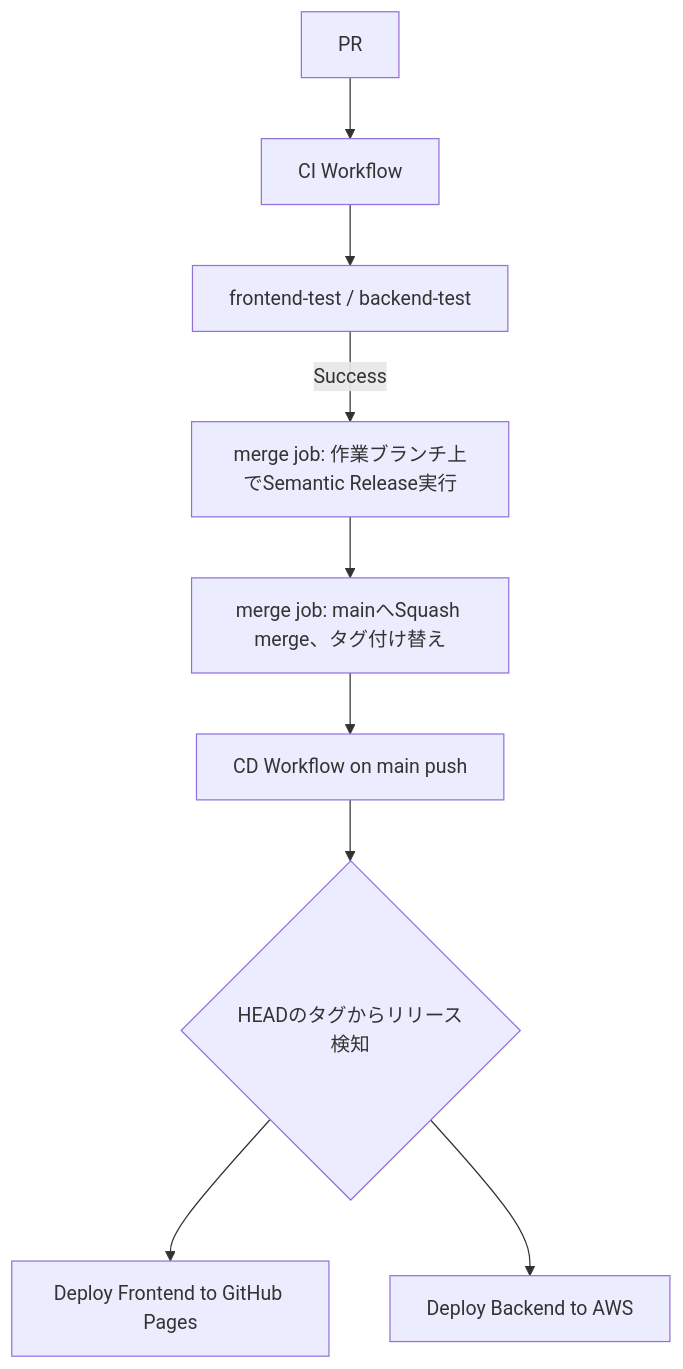
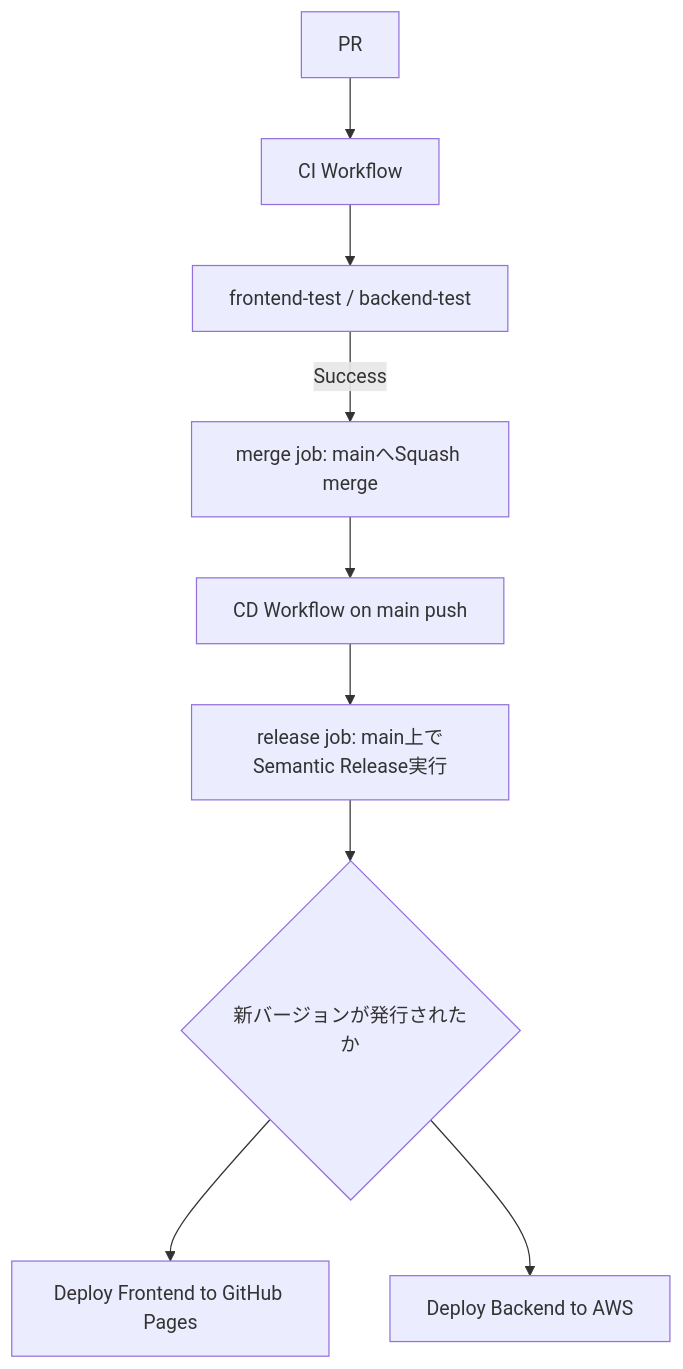
The diagram in docs/cicd-pipeline-specification.md (bamiyanapp/karuta), drawn with Mermaid before and after one commit. The commit also changed other lines of this file and 3 other files, not shown here.

````diff
--- a/docs/cicd-pipeline-specification.md
+++ b/docs/cicd-pipeline-specification.md
@@ -9,11 +9,11 @@
 ```mermaid
 graph TD
     A[PR] --> B[CI Workflow];
     B --> C[frontend-test / backend-test];
-    C -->|Success| D[merge job: 作業ブランチ上でSemantic Release実行];
-    D --> E[merge job: mainへSquash merge、タグ付け替え];
-    E --> F[CD Workflow on main push];
-    F --> G{HEADのタグからリリース検知};
+    C -->|Success| D[merge job: mainへSquash merge];
+    D --> E[CD Workflow on main push];
+    E --> F[release job: main上でSemantic Release実行];
+    F --> G{新バージョンが発行されたか};
     G --> H[Deploy Frontend to GitHub Pages];
     G --> I[Deploy Backend to AWS];
 ```
````
